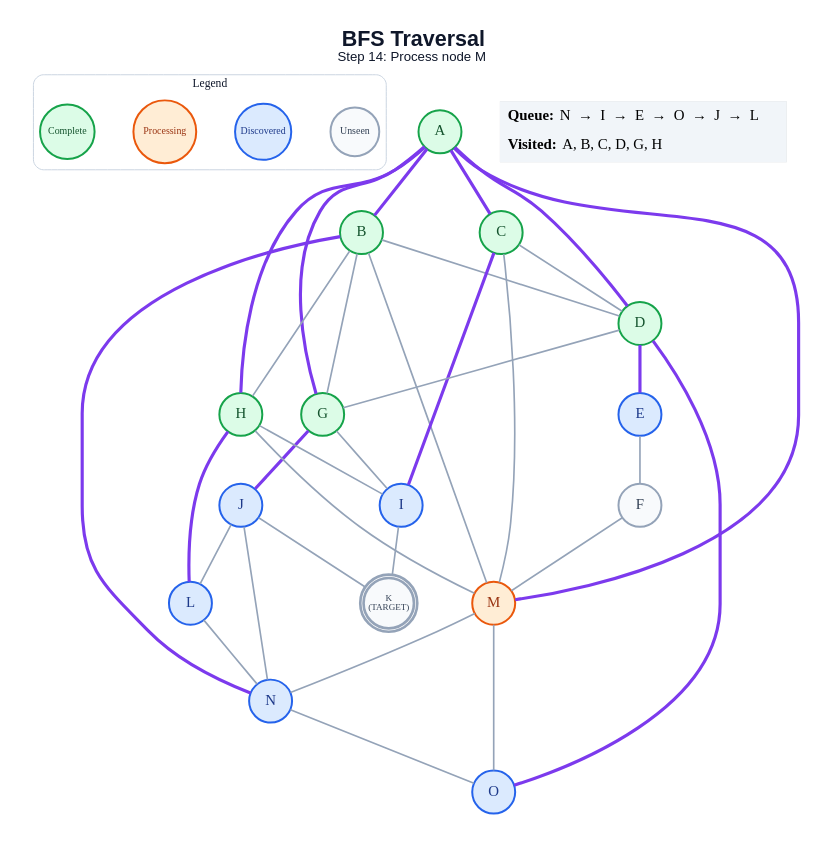
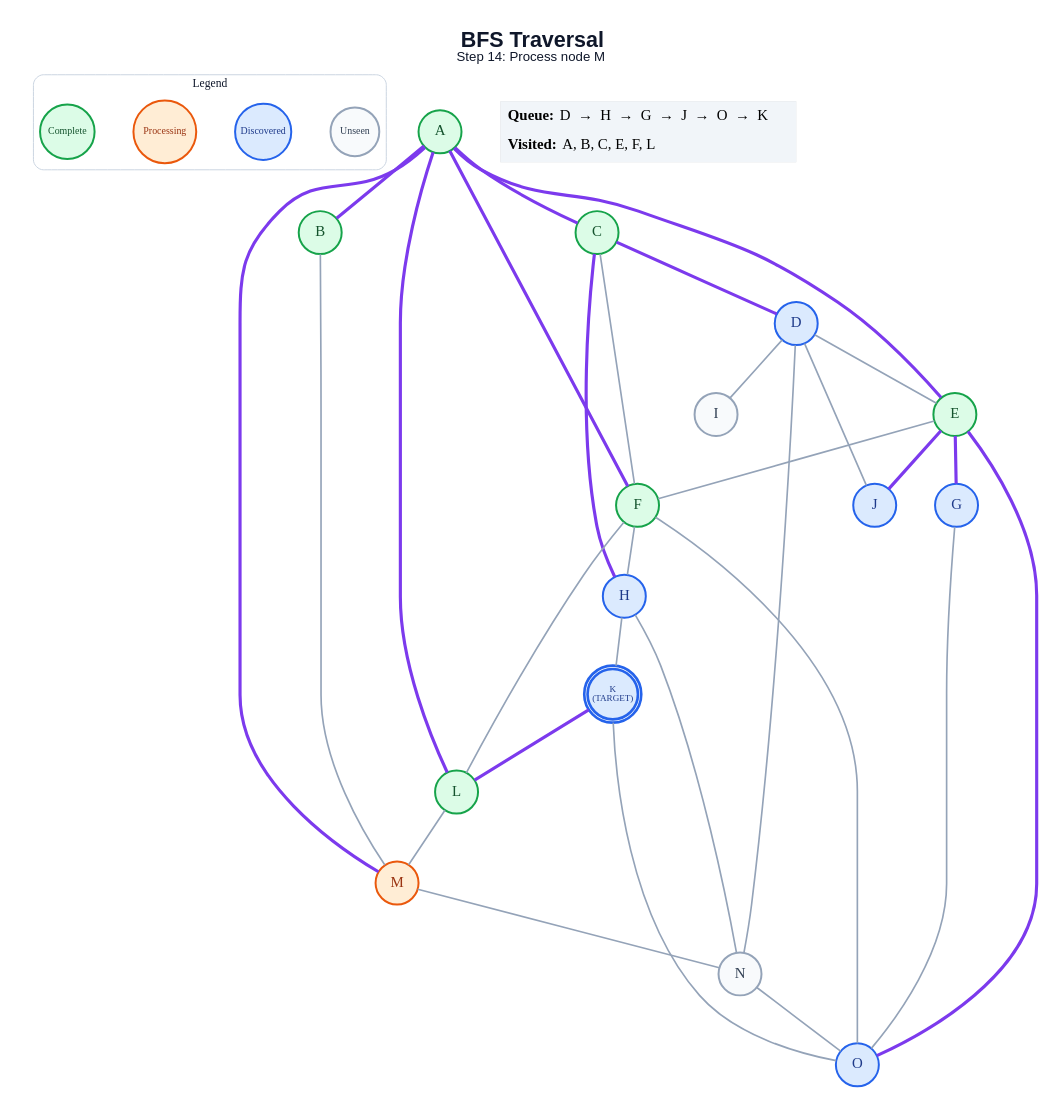
The diagram in generated/specific-node/bfs/step_14.dot (anon7238593-create/ai-slop), drawn with Graphviz before and after one commit. The commit also changed 307 other files, not shown here.

```diff
--- a/generated/specific-node/bfs/step_14.dot
+++ b/generated/specific-node/bfs/step_14.dot
@@ -1,66 +1,63 @@
 graph traversal {
   graph [layout=dot, rankdir=TB, bgcolor="#FFFFFF", pad="0.35", nodesep="0.65", ranksep="0.8", fontname="Arial"];
   node [shape=circle, style="filled", fontname="Arial Bold", fontsize=18, width=0.72, fixedsize=true, penwidth=2.4];
   edge [color="#94A3B8", penwidth=2.0];
   label=<<B>BFS Traversal</B><BR/><FONT POINT-SIZE="16">Step 14: Process node M</FONT>>; labelloc="t"; fontsize=26; fontname="Arial"; fontcolor="#0F172A";
   subgraph cluster_legend { label="Legend"; color="#CBD5E1"; penwidth=1.2; style="rounded"; fontsize=14; fontname="Arial Bold";
     key_unseen [label="Unseen", fillcolor="#F8FAFC", color="#94A3B8", fontcolor="#334155", fontsize=12, width=0.82];
     key_frontier [label="Discovered", fillcolor="#DBEAFE", color="#2563EB", fontcolor="#1E3A8A", fontsize=12, width=0.95];
     key_current [label="Processing", fillcolor="#FFEDD5", color="#EA580C", fontcolor="#9A3412", fontsize=12, width=1.05];
     key_done [label="Complete", fillcolor="#DCFCE7", color="#16A34A", fontcolor="#14532D", fontsize=12, width=0.92];
     { rank=same; key_unseen; key_frontier; key_current; key_done; }
   }
   A [label="A", fillcolor="#DCFCE7", color="#16A34A", fontcolor="#14532D", peripheries=1, penwidth=2.4];
   B [label="B", fillcolor="#DCFCE7", color="#16A34A", fontcolor="#14532D", peripheries=1, penwidth=2.4];
   C [label="C", fillcolor="#DCFCE7", color="#16A34A", fontcolor="#14532D", peripheries=1, penwidth=2.4];
-  D [label="D", fillcolor="#DCFCE7", color="#16A34A", fontcolor="#14532D", peripheries=1, penwidth=2.4];
-  E [label="E", fillcolor="#DBEAFE", color="#2563EB", fontcolor="#1E3A8A", peripheries=1, penwidth=2.4];
-  F [label="F", fillcolor="#F8FAFC", color="#94A3B8", fontcolor="#334155", peripheries=1, penwidth=2.4];
-  G [label="G", fillcolor="#DCFCE7", color="#16A34A", fontcolor="#14532D", peripheries=1, penwidth=2.4];
-  H [label="H", fillcolor="#DCFCE7", color="#16A34A", fontcolor="#14532D", peripheries=1, penwidth=2.4];
-  I [label="I", fillcolor="#DBEAFE", color="#2563EB", fontcolor="#1E3A8A", peripheries=1, penwidth=2.4];
+  D [label="D", fillcolor="#DBEAFE", color="#2563EB", fontcolor="#1E3A8A", peripheries=1, penwidth=2.4];
+  E [label="E", fillcolor="#DCFCE7", color="#16A34A", fontcolor="#14532D", peripheries=1, penwidth=2.4];
+  F [label="F", fillcolor="#DCFCE7", color="#16A34A", fontcolor="#14532D", peripheries=1, penwidth=2.4];
+  G [label="G", fillcolor="#DBEAFE", color="#2563EB", fontcolor="#1E3A8A", peripheries=1, penwidth=2.4];
+  H [label="H", fillcolor="#DBEAFE", color="#2563EB", fontcolor="#1E3A8A", peripheries=1, penwidth=2.4];
+  I [label="I", fillcolor="#F8FAFC", color="#94A3B8", fontcolor="#334155", peripheries=1, penwidth=2.4];
   J [label="J", fillcolor="#DBEAFE", color="#2563EB", fontcolor="#1E3A8A", peripheries=1, penwidth=2.4];
-  K [label="K\n(TARGET)", fillcolor="#F8FAFC", color="#94A3B8", fontcolor="#334155", peripheries=2, penwidth=3.2, fontsize=11, width=0.85, height=0.85];
-  L [label="L", fillcolor="#DBEAFE", color="#2563EB", fontcolor="#1E3A8A", peripheries=1, penwidth=2.4];
+  K [label="K\n(TARGET)", fillcolor="#DBEAFE", color="#2563EB", fontcolor="#1E3A8A", peripheries=2, penwidth=3.2, fontsize=11, width=0.85, height=0.85];
+  L [label="L", fillcolor="#DCFCE7", color="#16A34A", fontcolor="#14532D", peripheries=1, penwidth=2.4];
   M [label="M", fillcolor="#FFEDD5", color="#EA580C", fontcolor="#9A3412", peripheries=1, penwidth=2.4];
-  N [label="N", fillcolor="#DBEAFE", color="#2563EB", fontcolor="#1E3A8A", peripheries=1, penwidth=2.4];
+  N [label="N", fillcolor="#F8FAFC", color="#94A3B8", fontcolor="#334155", peripheries=1, penwidth=2.4];
   O [label="O", fillcolor="#DBEAFE", color="#2563EB", fontcolor="#1E3A8A", peripheries=1, penwidth=2.4];
   A -- B [color="#7C3AED", penwidth=3.8];
   A -- C [color="#7C3AED", penwidth=3.8];
-  A -- D [color="#7C3AED", penwidth=3.8];
-  A -- G [color="#7C3AED", penwidth=3.8];
-  A -- H [color="#7C3AED", penwidth=3.8];
+  A -- E [color="#7C3AED", penwidth=3.8];
+  A -- F [color="#7C3AED", penwidth=3.8];
+  A -- L [color="#7C3AED", penwidth=3.8];
   A -- M [color="#7C3AED", penwidth=3.8];
-  B -- D;
-  B -- G;
-  B -- H;
   B -- M;
-  B -- N [color="#7C3AED", penwidth=3.8];
-  C -- D;
-  C -- I [color="#7C3AED", penwidth=3.8];
-  C -- M;
-  D -- E [color="#7C3AED", penwidth=3.8];
-  D -- G;
-  D -- O [color="#7C3AED", penwidth=3.8];
+  C -- D [color="#7C3AED", penwidth=3.8];
+  C -- F;
+  C -- H [color="#7C3AED", penwidth=3.8];
+  D -- E;
+  D -- I;
+  D -- J;
+  D -- N;
   E -- F;
-  F -- M;
-  G -- I;
-  G -- J [color="#7C3AED", penwidth=3.8];
-  H -- I;
-  H -- L [color="#7C3AED", penwidth=3.8];
-  H -- M;
-  I -- K;
-  J -- K;
-  J -- L;
-  J -- N;
-  L -- N;
+  E -- G [color="#7C3AED", penwidth=3.8];
+  E -- J [color="#7C3AED", penwidth=3.8];
+  E -- O [color="#7C3AED", penwidth=3.8];
+  F -- H;
+  F -- L;
+  F -- O;
+  G -- O;
+  H -- K;
+  H -- N;
+  K -- L [color="#7C3AED", penwidth=3.8];
+  K -- O;
+  L -- M;
   M -- N;
-  M -- O;
   N -- O;
   status [shape=plain, fixedsize=false, width=0, height=0, margin=0, label=<
     <TABLE BORDER="0" CELLBORDER="0" CELLPADDING="7" BGCOLOR="#F1F5F9">
-      <TR><TD ALIGN="LEFT"><B>Queue:</B> N  →  I  →  E  →  O  →  J  →  L</TD></TR>
-      <TR><TD ALIGN="LEFT"><B>Visited:</B> A, B, C, D, G, H</TD></TR>
+      <TR><TD ALIGN="LEFT"><B>Queue:</B> D  →  H  →  G  →  J  →  O  →  K</TD></TR>
+      <TR><TD ALIGN="LEFT"><B>Visited:</B> A, B, C, E, F, L</TD></TR>
     </TABLE>
   >];
 }
```
